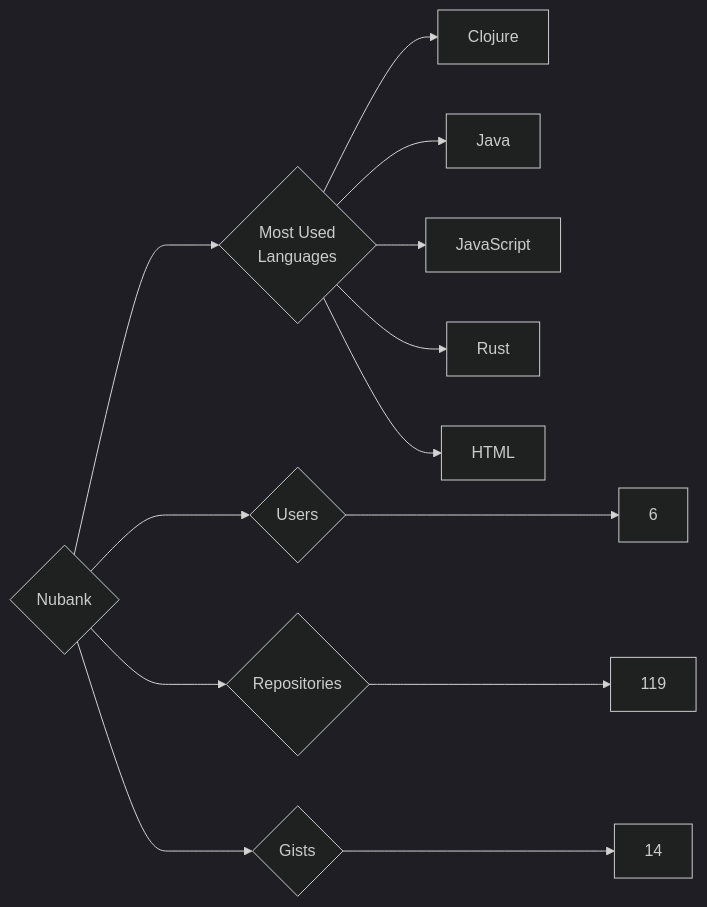
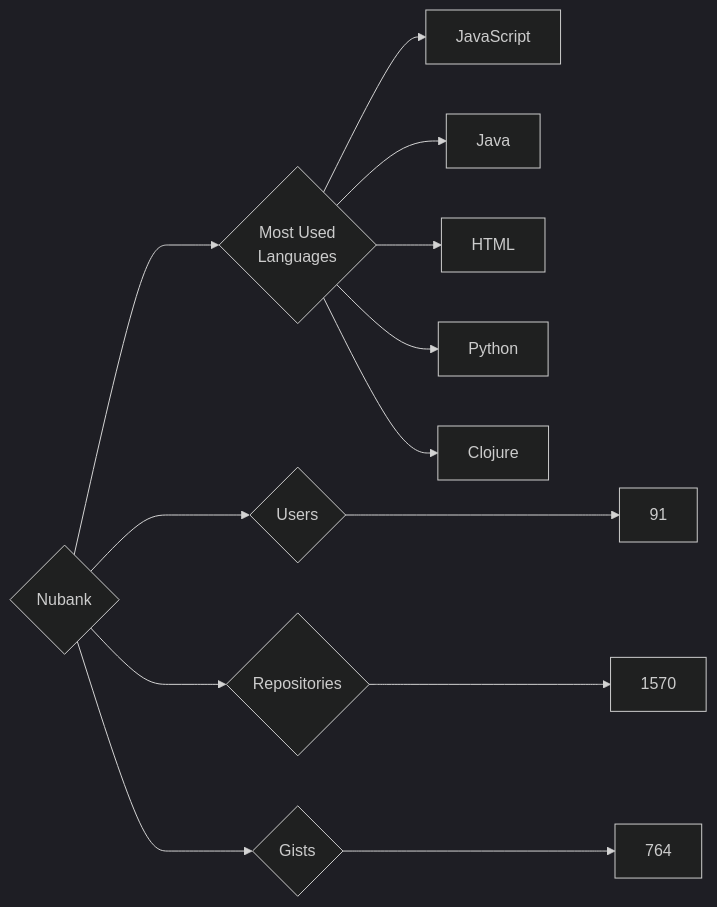
Before and after one commit to trickest/insiders: the diagram in targets/Nubank/README.md, drawn with Mermaid (dark theme). The commit also changed 796 other files, not shown here.

````diff
--- a/targets/Nubank/README.md
+++ b/targets/Nubank/README.md
@@ -3,13 +3,13 @@
 ```mermaid
 graph LR
 COMPANY_NAME{Nubank}
-COMPANY_NAME ---> U{Users} ---> UN[6]
-COMPANY_NAME ---> R{Repositories} ---> RN[119]
-COMPANY_NAME ---> G{Gists} ---> GN[14]
+COMPANY_NAME ---> U{Users} ---> UN[91]
+COMPANY_NAME ---> R{Repositories} ---> RN[1570]
+COMPANY_NAME ---> G{Gists} ---> GN[764]
 COMPANY_NAME ---> ML{Most Used<br>Languages}
+ML --> JavaScript[JavaScript]
+ML --> Java[Java]
+ML --> HTML[HTML]
+ML --> Python[Python]
 ML --> Clojure[Clojure]
-ML --> Java[Java]
-ML --> JavaScript[JavaScript]
-ML --> Rust[Rust]
-ML --> HTML[HTML]
 ```
````
